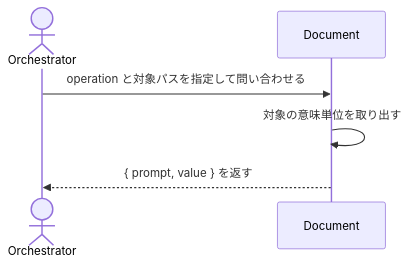
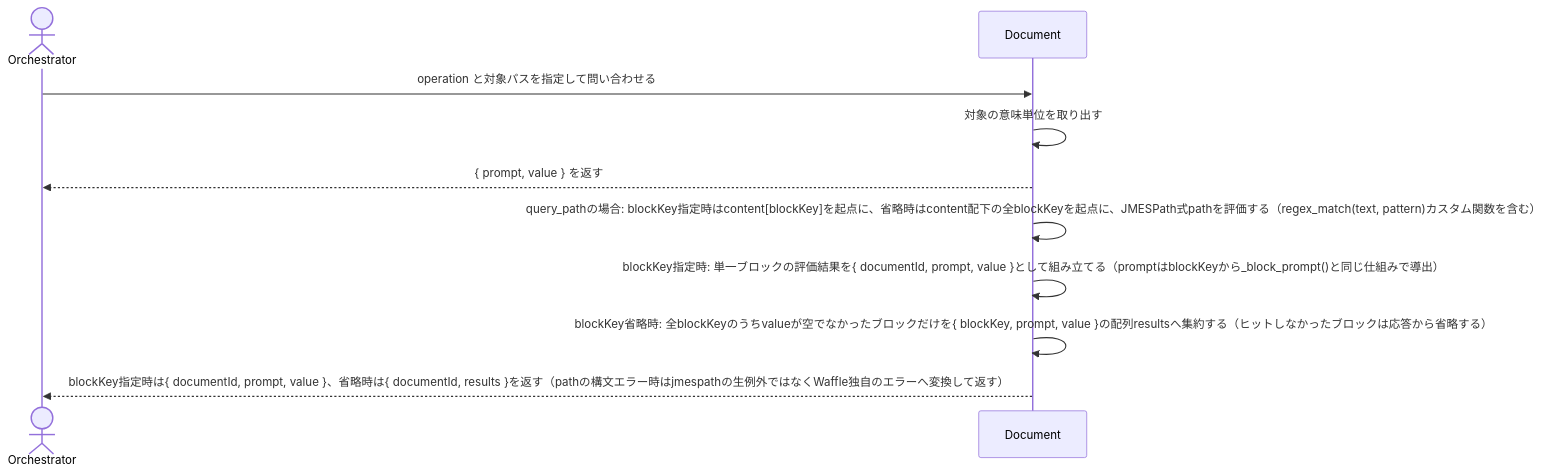
One commit to daidaiiro-519/waffle changed the diagram in .waffle/specs/bc-waffle/subdomain/sd-document-management/usecase/uc-query-document.md. Above: the diagram before and after it, drawn with Mermaid. The commit also changed other lines of this file and 1 other file, not shown here.

First line of the commit message:
uc-query-documentのspecへquery_path operationの設計を反映する

````diff
--- a/.waffle/specs/bc-waffle/subdomain/sd-document-management/usecase/uc-query-document.md
+++ b/.waffle/specs/bc-waffle/subdomain/sd-document-management/usecase/uc-query-document.md
@@ -59,7 +60,11 @@
 ```mermaid
 sequenceDiagram
     actor Orchestrator
     Orchestrator->>Document: operation と対象パスを指定して問い合わせる
     Document->>Document: 対象の意味単位を取り出す
     Document-->>Orchestrator: { prompt, value } を返す
+    Document->>Document: query_pathの場合: blockKey指定時はcontent[blockKey]を起点に、省略時はcontent配下の全blockKeyを起点に、JMESPath式pathを評価する（regex_match(text, pattern)カスタム関数を含む）
+    Document->>Document: blockKey指定時: 単一ブロックの評価結果を{ documentId, prompt, value }として組み立てる（promptはblockKeyから_block_prompt()と同じ仕組みで導出）
+    Document->>Document: blockKey省略時: 全blockKeyのうちvalueが空でなかったブロックだけを{ blockKey, prompt, value }の配列resultsへ集約する（ヒットしなかったブロックは応答から省略する）
+    Document-->>Orchestrator: blockKey指定時は{ documentId, prompt, value }、省略時は{ documentId, results }を返す（pathの構文エラー時はjmespathの生例外ではなくWaffle独自のエラーへ変換して返す）
 ```
````
